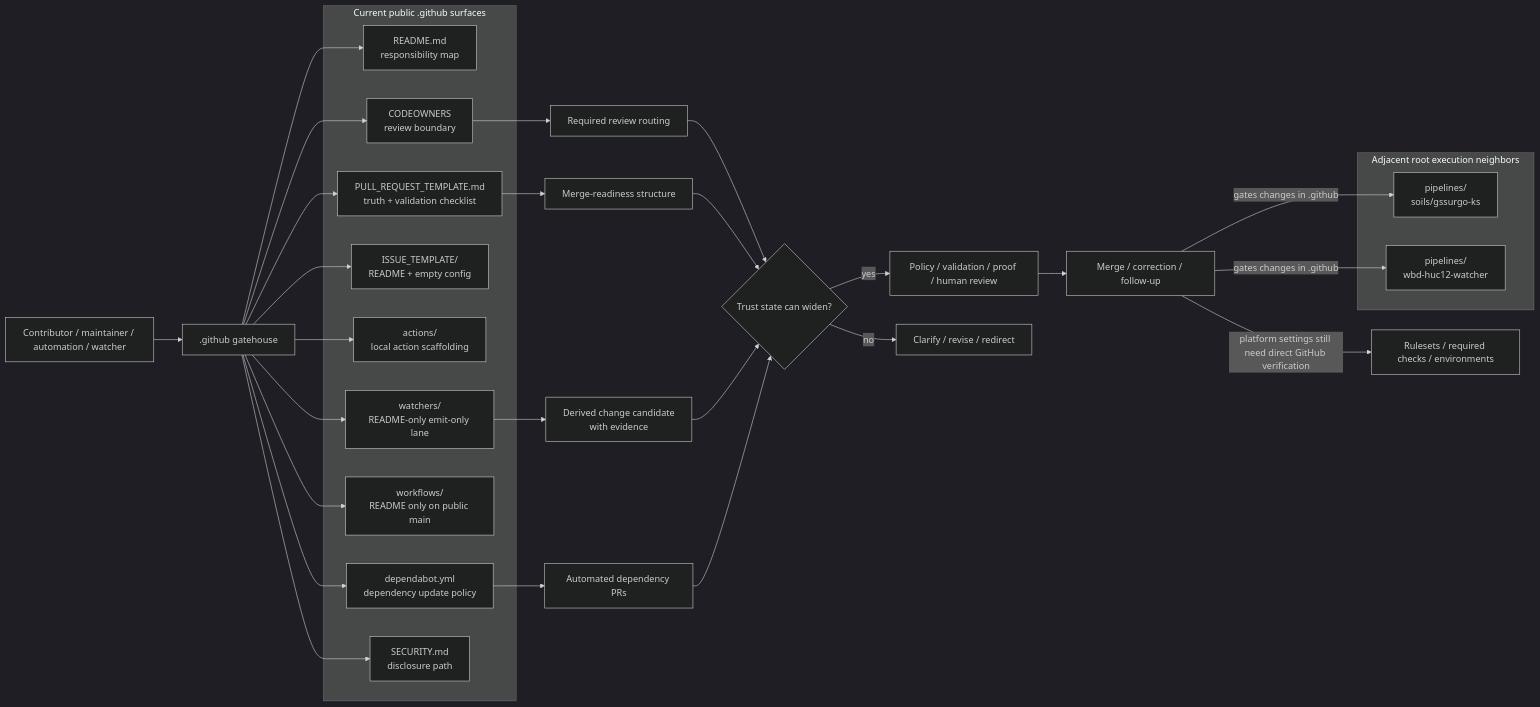
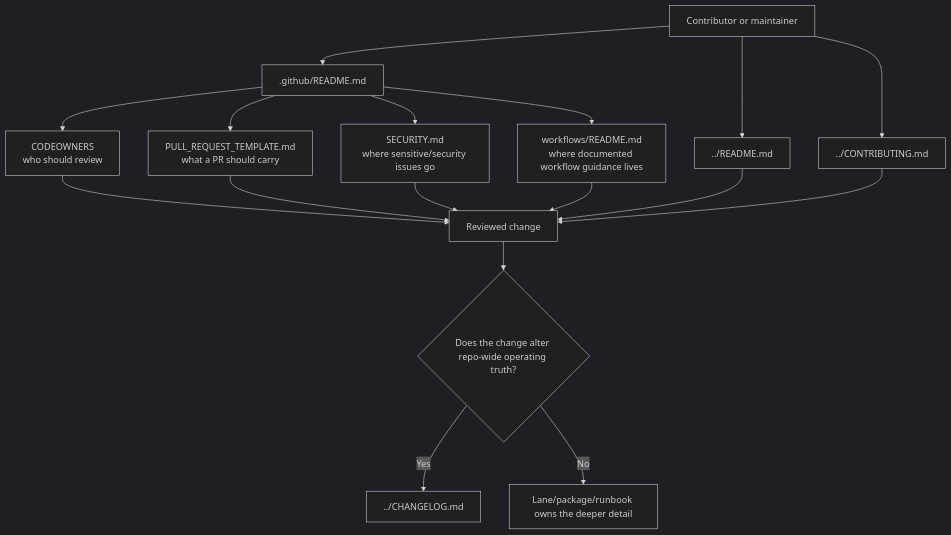
Before and after one commit to bartytime4life/Kansas-Frontier-Matrix: the diagram in .github/README.md, drawn with Mermaid (dark theme). The commit also changed other lines of this file, not shown here.

First line of the commit message:
Revise .github README for governance clarity

````diff
--- a/.github/README.md
+++ b/.github/README.md
@@ -303,50 +210,22 @@
 ```mermaid
-flowchart LR
-    A[Contributor / maintainer / automation / watcher] --> B[.github gatehouse]
+flowchart TD
+    A[Contributor or maintainer] --> B[.github/README.md]
+    B --> C[CODEOWNERS<br/>who should review]
+    B --> D[PULL_REQUEST_TEMPLATE.md<br/>what a PR should carry]
+    B --> E[SECURITY.md<br/>where sensitive/security issues go]
+    B --> F[workflows/README.md<br/>where documented workflow guidance lives]
 
-    subgraph G["Current public .github surfaces"]
-      G1["README.md<br/>responsibility map"]
-      G2["CODEOWNERS<br/>review boundary"]
-      G3["PULL_REQUEST_TEMPLATE.md<br/>truth + validation checklist"]
-      G4["ISSUE_TEMPLATE/<br/>README + empty config"]
-      G5["actions/<br/>local action scaffolding"]
-      G6["watchers/<br/>README-only emit-only lane"]
-      G7["workflows/<br/>README only on public main"]
-      G8["dependabot.yml<br/>dependency update policy"]
-      G9["SECURITY.md<br/>disclosure path"]
-    end
+    A --> G[../README.md]
+    A --> H[../CONTRIBUTING.md]
 
-    B --> G1
-    B --> G2
-    B --> G3
-    B --> G4
-    B --> G5
-    B --> G6
-    B --> G7
-    B --> G8
-    B --> G9
+    C --> I[Reviewed change]
+    D --> I
+    E --> I
+    F --> I
+    G --> I
+    H --> I
 
-    G2 --> H[Required review routing]
-    G3 --> I[Merge-readiness structure]
-    G6 --> J[Derived change candidate<br/>with evidence]
-    G8 --> K[Automated dependency PRs]
-
-    H --> M{Trust state can widen?}
-    I --> M
-    J --> M
-    K --> M
-
-    M -->|yes| N[Policy / validation / proof / human review]
-    M -->|no| O[Clarify / revise / redirect]
-
-    N --> P[Merge / correction / follow-up]
-
-    subgraph R["Adjacent root execution neighbors"]
-      R1["pipelines/<br/>soils/gssurgo-ks"]
-      R2["pipelines/<br/>wbd-huc12-watcher"]
-    end
-
-    P -->|"gates changes in .github"| R1
-    P -->|"gates changes in .github"| R2
-    P -->|"platform settings still need direct GitHub verification"| Q[Rulesets / required checks / environments]
+    I --> J{Does the change alter repo-wide operating truth?}
+    J -- Yes --> K[../CHANGELOG.md]
+    J -- No --> L[Lane/package/runbook owns the deeper detail]
 ```
````
